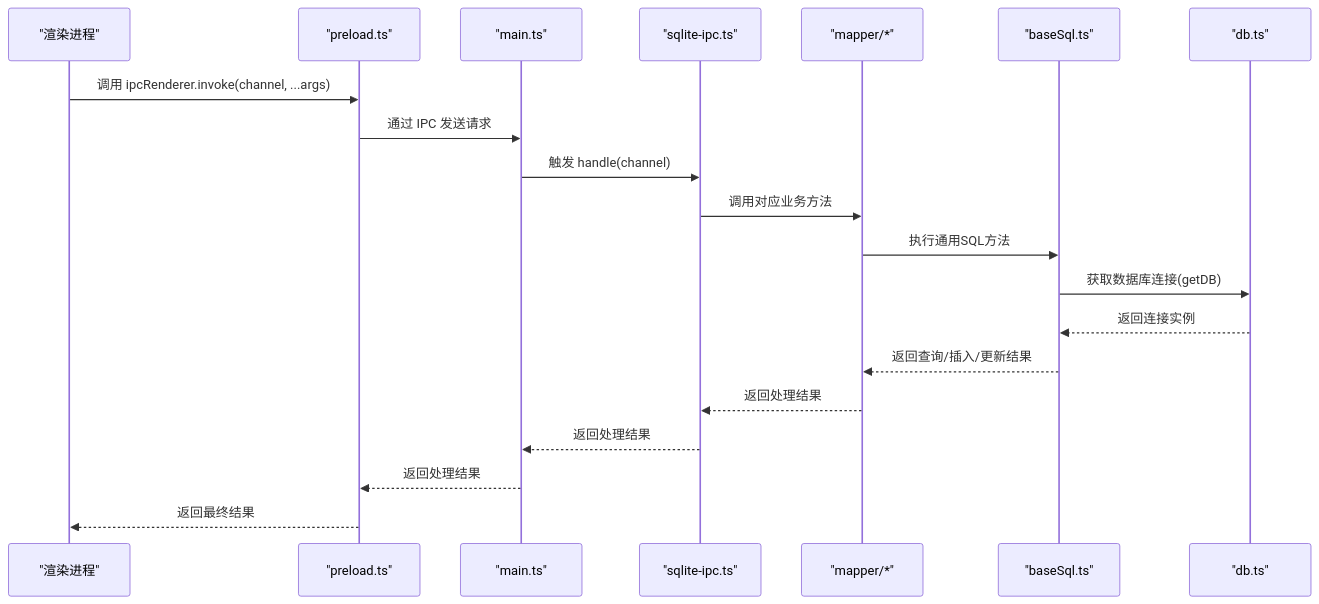
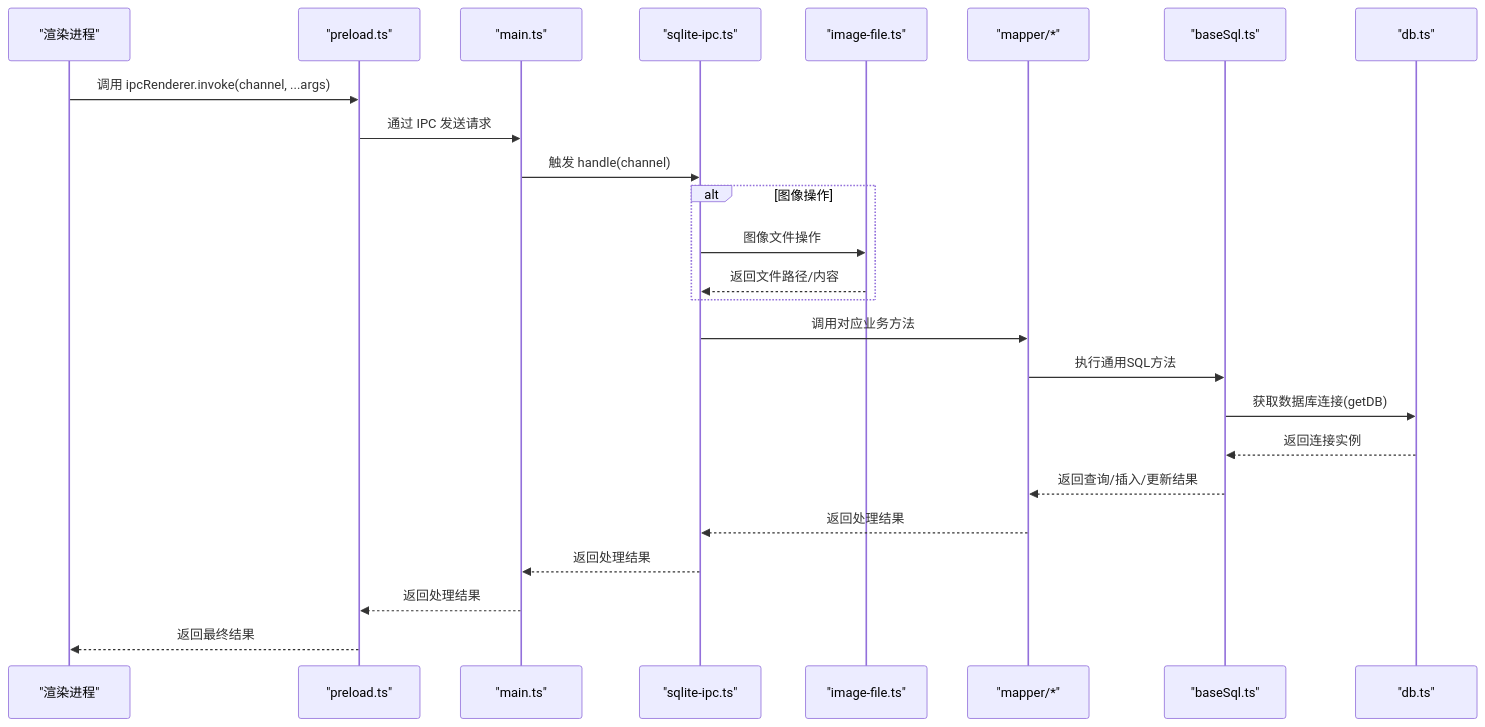
One commit to scgithub3220216/password-manager changed the second of 9 diagrams in .qoder/repowiki/zh/content/数据库系统/数据库架构设计.md. Above: the diagram before and after it, drawn with Mermaid. The commit also changed other lines of this file and 23 other files, not shown here.

First line of the commit message:
feat(sync): 完善图像数据同步架构与处理逻辑

````diff
--- a/.qoder/repowiki/zh/content/数据库系统/数据库架构设计.md
+++ b/.qoder/repowiki/zh/content/数据库系统/数据库架构设计.md
@@ -116,22 +140,27 @@
 ```mermaid
 sequenceDiagram
 participant Renderer as "渲染进程"
 participant Preload as "preload.ts"
 participant Main as "main.ts"
 participant IPC as "sqlite-ipc.ts"
+participant ImageFile as "image-file.ts"
 participant Mapper as "mapper/*"
 participant Base as "baseSql.ts"
 participant DB as "db.ts"
 Renderer->>Preload : 调用 ipcRenderer.invoke(channel, ...args)
 Preload->>Main : 通过 IPC 发送请求
 Main->>IPC : 触发 handle(channel)
+alt 图像操作
+IPC->>ImageFile : 图像文件操作
+ImageFile-->>IPC : 返回文件路径/内容
+end
 IPC->>Mapper : 调用对应业务方法
 Mapper->>Base : 执行通用SQL方法
 Base->>DB : 获取数据库连接(getDB)
 DB-->>Base : 返回连接实例
 Base-->>Mapper : 返回查询/插入/更新结果
 Mapper-->>IPC : 返回处理结果
 IPC-->>Main : 返回处理结果
 Main-->>Preload : 返回处理结果
 Preload-->>Renderer : 返回最终结果
 ```
````
